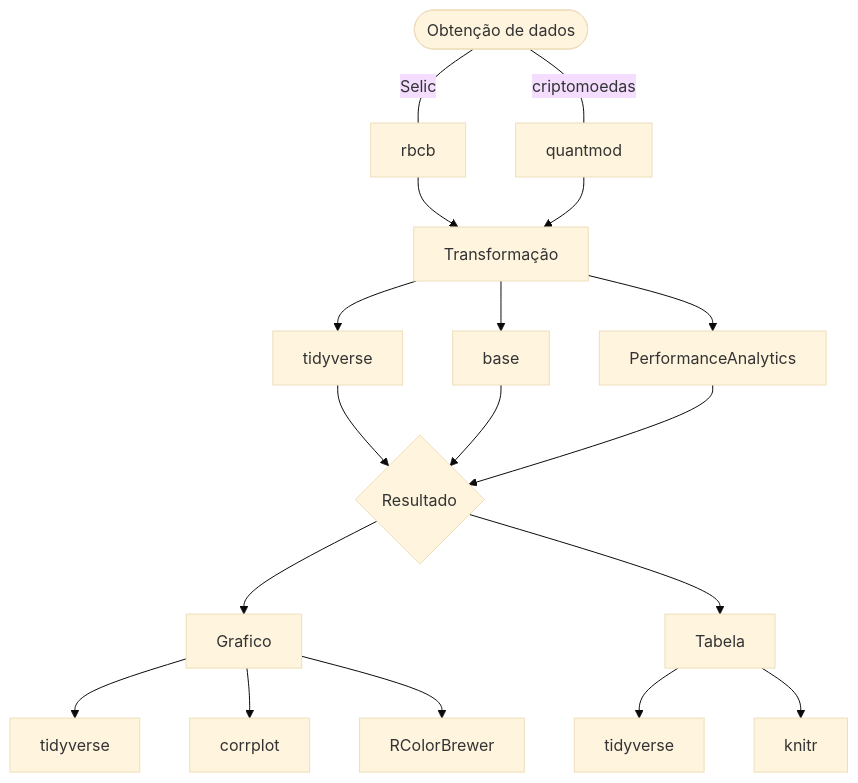
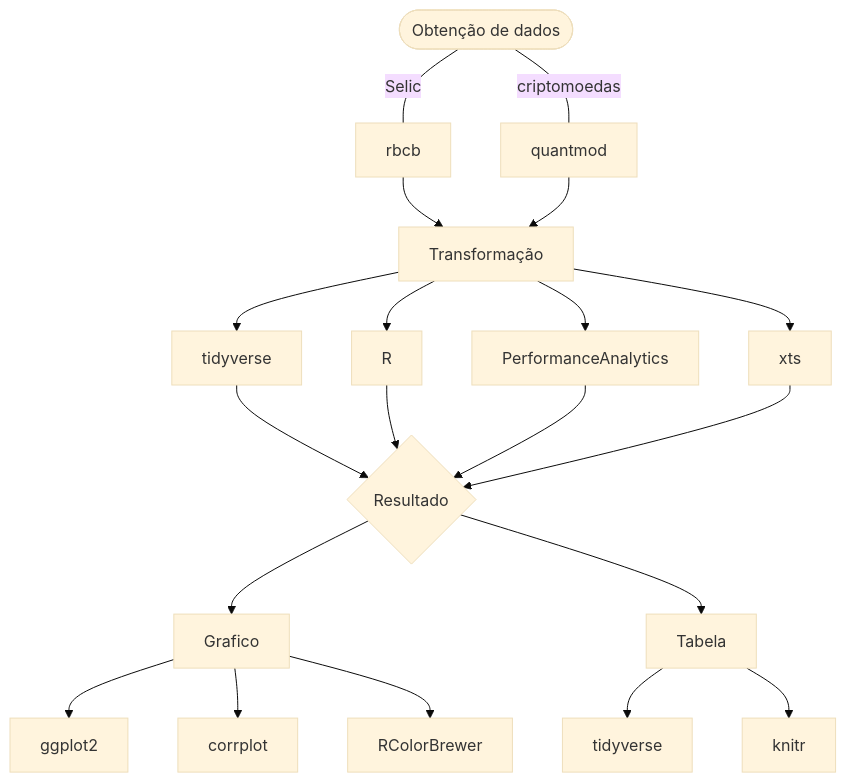
One commit to matheus-costa-dev/TCC changed the diagram in R/TCCMonthly.qmd. Above: the diagram before and after it, drawn with Mermaid (base theme). The commit also changed other lines of this file and 23 other files, not shown here.

````diff
--- a/R/TCCMonthly.qmd
+++ b/R/TCCMonthly.qmd
@@ -205,15 +203,15 @@
 ```{mermaid}
 %%| fig-width: 5.75
 %%| fig-height: 5
 
 flowchart TD
  a([Obtenção de dados]) ---|Selic| b[rbcb] 
  a ---|criptomoedas | c[quantmod] 
  b & c --> d[Transformação]
- d --> e[tidyverse] & f[base] & g[PerformanceAnalytics]
- e & f & g --> h{Resultado}
- h --> i[Grafico] & j[Tabela]
- i --> k[tidyverse] & l[corrplot] & m[RColorBrewer]
- j --> n[tidyverse] & o[knitr]
+ d --> e[tidyverse] & f[R] & g[PerformanceAnalytics] & h[xts]
+ e & f & g & h --> i{Resultado}
+ i --> j[Grafico] & k[Tabela]
+ j --> l[ggplot2] & m[corrplot] & n[RColorBrewer]
+ k --> o[tidyverse] & p[knitr]
   
 ```
````
